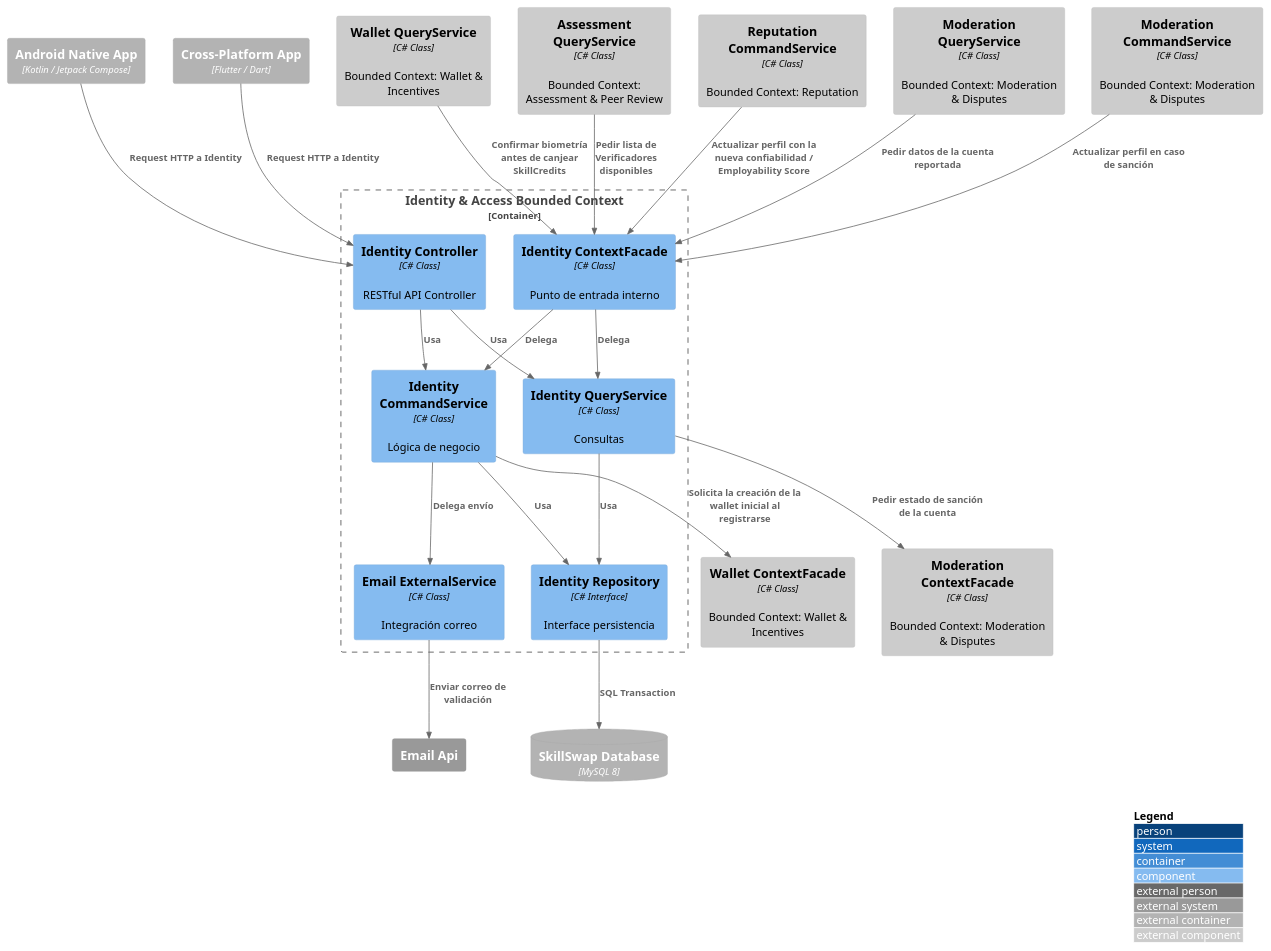
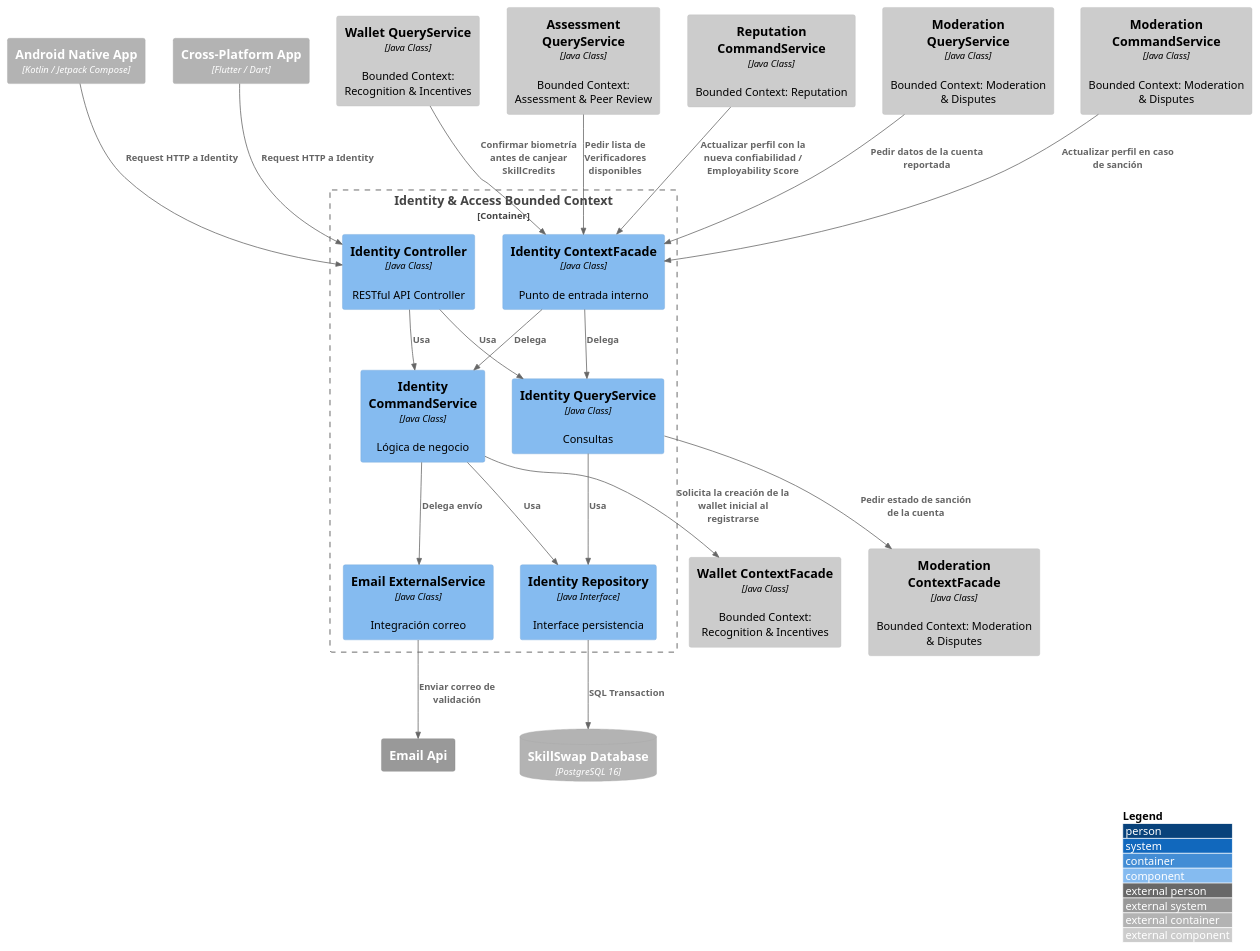
One commit to Aplicaciones-Dispositivos-Moviles/SkillSwap-ProjectReport changed the diagram in DB&C4/Component Diagram — Identity & Access.puml. Above: the diagram before and after it, drawn with PlantUML. The commit also changed 32 other files, not shown here.

First line of the commit message:
docs(images): regenerate C4, context map and class diagrams from updated PlantUML sources

```diff
--- a/DB&C4/Component Diagram — Identity & Access.puml
+++ b/DB&C4/Component Diagram — Identity & Access.puml
@@ -1,52 +1,52 @@
 @startuml IdentityComponent
 !include https://raw.githubusercontent.com/plantuml-stdlib/C4-PlantUML/master/C4_Component.puml
 
 LAYOUT_WITH_LEGEND()
 
 Container_Ext(androidApp, "Android Native App", "Kotlin / Jetpack Compose")
 Container_Ext(flutterApp, "Cross-Platform App", "Flutter / Dart")
-ContainerDb_Ext(mainDB, "SkillSwap Database", "MySQL 8")
+ContainerDb_Ext(mainDB, "SkillSwap Database", "PostgreSQL 16")
 System_Ext(emailService, "Email Api")
 
 Container_Boundary(identityBC, "Identity & Access Bounded Context") {
-    Component(identityController, "Identity Controller", "C# Class", "RESTful API Controller")
-    Component(identityCommandService, "Identity CommandService", "C# Class", "Lógica de negocio")
-    Component(identityQueryService, "Identity QueryService", "C# Class", "Consultas")
-    Component(identityRepository, "Identity Repository", "C# Interface", "Interface persistencia")
-    Component(emailExternal, "Email ExternalService", "C# Class", "Integración correo")
-    Component(identityContextFacade, "Identity ContextFacade", "C# Class", "Punto de entrada interno")
+    Component(identityController, "Identity Controller", "Java Class", "RESTful API Controller")
+    Component(identityCommandService, "Identity CommandService", "Java Class", "Lógica de negocio")
+    Component(identityQueryService, "Identity QueryService", "Java Class", "Consultas")
+    Component(identityRepository, "Identity Repository", "Java Interface", "Interface persistencia")
+    Component(emailExternal, "Email ExternalService", "Java Class", "Integración correo")
+    Component(identityContextFacade, "Identity ContextFacade", "Java Class", "Punto de entrada interno")
 }
 
-Component_Ext(walletContextFacade, "Wallet ContextFacade", "C# Class", "Bounded Context: Wallet & Incentives")
-Component_Ext(moderationContextFacade, "Moderation ContextFacade", "C# Class", "Bounded Context: Moderation & Disputes")
+Component_Ext(walletContextFacade, "Wallet ContextFacade", "Java Class", "Bounded Context: Recognition & Incentives")
+Component_Ext(moderationContextFacade, "Moderation ContextFacade", "Java Class", "Bounded Context: Moderation & Disputes")
 
-Component_Ext(assessmentQueryService, "Assessment QueryService", "C# Class", "Bounded Context: Assessment & Peer Review")
-Component_Ext(reputationCommandService, "Reputation CommandService", "C# Class", "Bounded Context: Reputation")
-Component_Ext(moderationQueryService, "Moderation QueryService", "C# Class", "Bounded Context: Moderation & Disputes")
-Component_Ext(moderationCommandService, "Moderation CommandService", "C# Class", "Bounded Context: Moderation & Disputes")
-Component_Ext(walletQueryService, "Wallet QueryService", "C# Class", "Bounded Context: Wallet & Incentives")
+Component_Ext(assessmentQueryService, "Assessment QueryService", "Java Class", "Bounded Context: Assessment & Peer Review")
+Component_Ext(reputationCommandService, "Reputation CommandService", "Java Class", "Bounded Context: Reputation")
+Component_Ext(moderationQueryService, "Moderation QueryService", "Java Class", "Bounded Context: Moderation & Disputes")
+Component_Ext(moderationCommandService, "Moderation CommandService", "Java Class", "Bounded Context: Moderation & Disputes")
+Component_Ext(walletQueryService, "Wallet QueryService", "Java Class", "Bounded Context: Recognition & Incentives")
 
 Rel(androidApp, identityController, "Request HTTP a Identity")
 Rel(flutterApp, identityController, "Request HTTP a Identity")
 Rel(identityController, identityCommandService, "Usa")
 Rel(identityController, identityQueryService, "Usa")
 Rel(identityCommandService, identityRepository, "Usa")
 Rel(identityQueryService, identityRepository, "Usa")
 Rel(identityRepository, mainDB, "SQL Transaction")
 
 Rel(identityCommandService, emailExternal, "Delega envío")
 Rel(emailExternal, emailService, "Enviar correo de validación")
 
 Rel(identityCommandService, walletContextFacade, "Solicita la creación de la wallet inicial al registrarse")
 Rel(identityQueryService, moderationContextFacade, "Pedir estado de sanción de la cuenta")
 
 Rel(identityContextFacade, identityCommandService, "Delega")
 Rel(identityContextFacade, identityQueryService, "Delega")
 
 Rel(assessmentQueryService, identityContextFacade, "Pedir lista de Verificadores disponibles")
 Rel(reputationCommandService, identityContextFacade, "Actualizar perfil con la nueva confiabilidad / Employability Score")
 Rel(moderationQueryService, identityContextFacade, "Pedir datos de la cuenta reportada")
 Rel(moderationCommandService, identityContextFacade, "Actualizar perfil en caso de sanción")
 Rel(walletQueryService, identityContextFacade, "Confirmar biometría antes de canjear SkillCredits")
 
 @enduml
```
